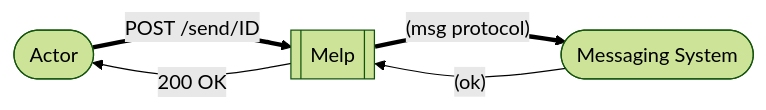
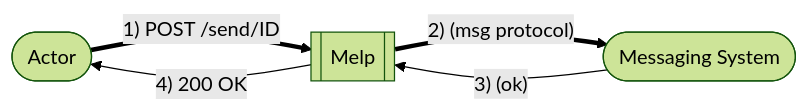
Before and after one commit to AB-Lindex/melp: the first of 2 diagrams in README.md, drawn with Mermaid (forest theme). The commit also changed other lines of this file and 23 other files, not shown here.

```````diff
--- a/README.md
+++ b/README.md
@@ -10,10 +12,10 @@
 ```mermaid
 flowchart LR;
     A([Actor])
     O[[Melp]]
     C([Messaging System])
-    A== POST /send/ID ==>O
-    O-- 200 OK -->A
-    O== "(msg protocol)" ==>C
-    C-- "(ok)" -->O
-``````
+    A== "1) POST /send/ID" ==>O
+    O== "2) (msg protocol)" ==>C
+    C-- "3) (ok)" -->O
+    O-- "4) 200 OK" -->A
+```
```````
